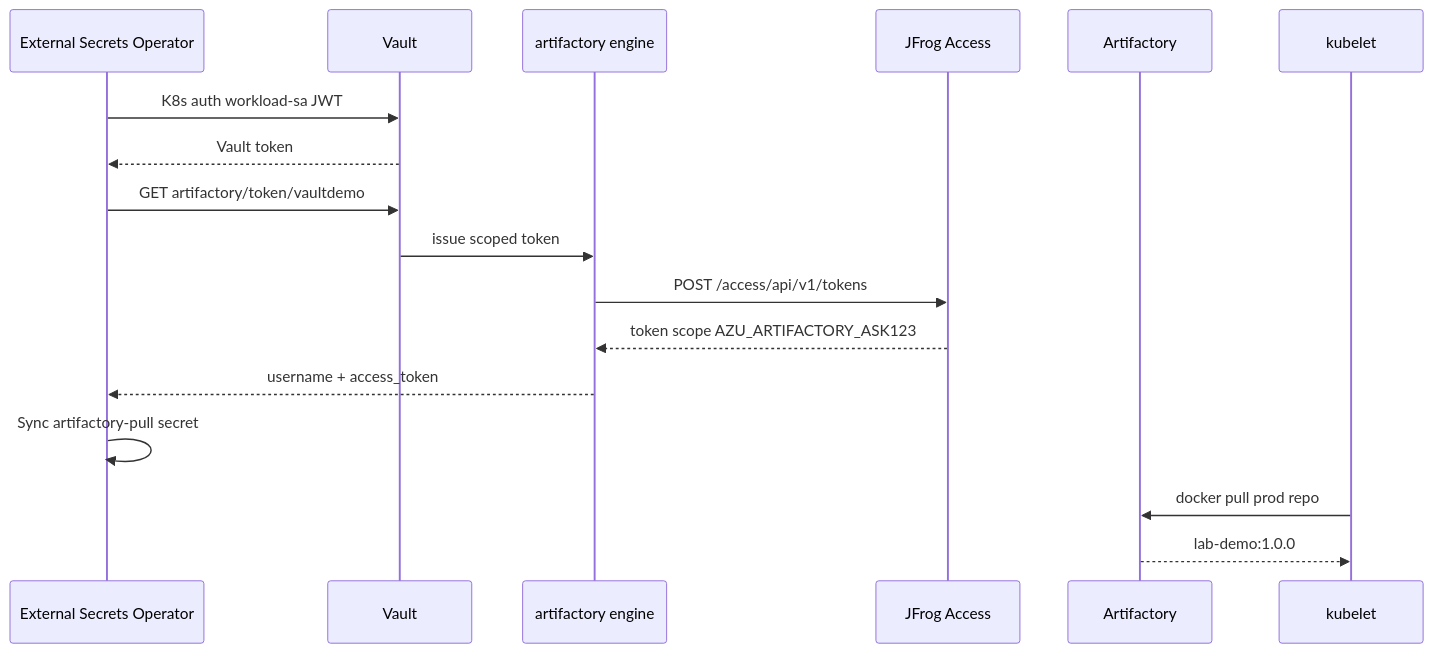
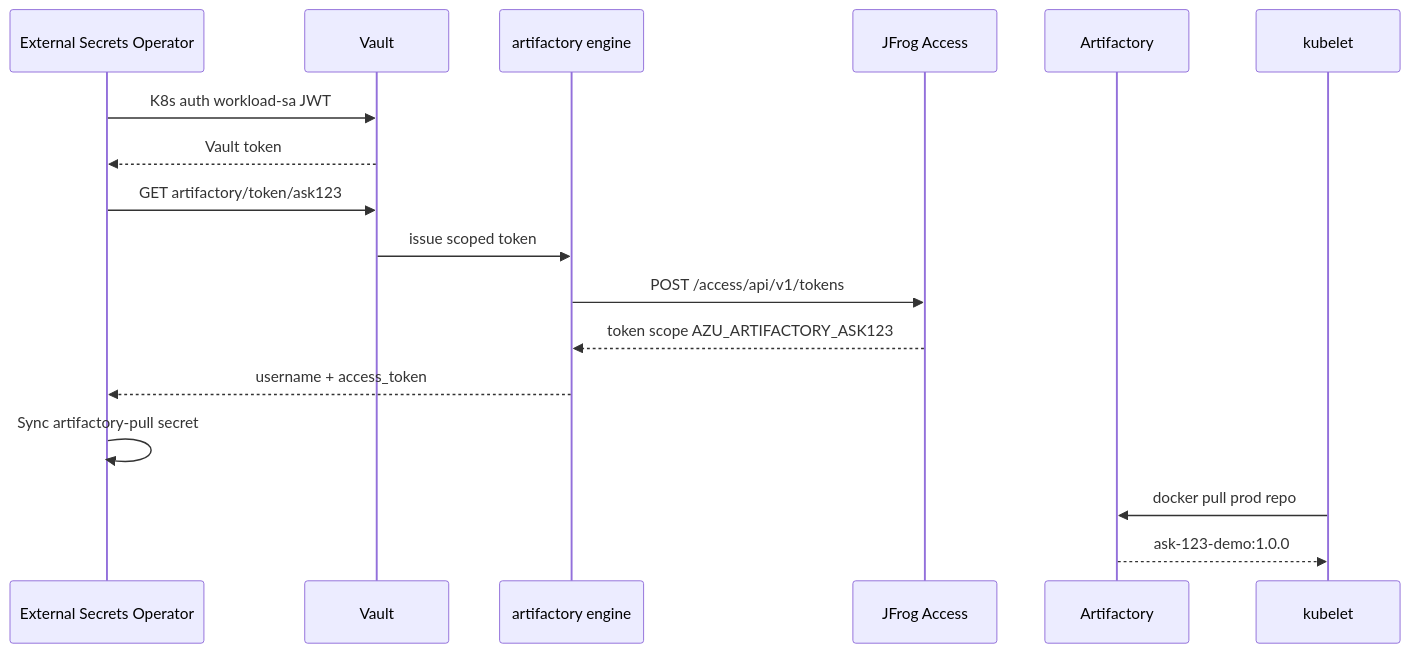
Before and after one commit to tomjfrog/vault-artifactory-lab: the second of 2 diagrams in docs/architecture.md, drawn with Mermaid. The commit also changed other lines of this file and 32 other files, not shown here.

````diff
--- a/docs/architecture.md
+++ b/docs/architecture.md
@@ -49,19 +49,19 @@
 ```mermaid
 sequenceDiagram
     participant ESO as External Secrets Operator
     participant Vault
     participant Plugin as artifactory engine
     participant Access as JFrog Access
     participant RT as Artifactory
     participant Kubelet as kubelet
     ESO->>Vault: K8s auth workload-sa JWT
     Vault-->>ESO: Vault token
-    ESO->>Vault: GET artifactory/token/vaultdemo
+    ESO->>Vault: GET artifactory/token/ask123
     Vault->>Plugin: issue scoped token
     Plugin->>Access: POST /access/api/v1/tokens
     Access-->>Plugin: token scope AZU_ARTIFACTORY_ASK123
     Plugin-->>ESO: username + access_token
     ESO->>ESO: Sync artifactory-pull secret
     Kubelet->>RT: docker pull prod repo
-    RT-->>Kubelet: lab-demo:1.0.0
+    RT-->>Kubelet: ask-123-demo:1.0.0
 ```
````
